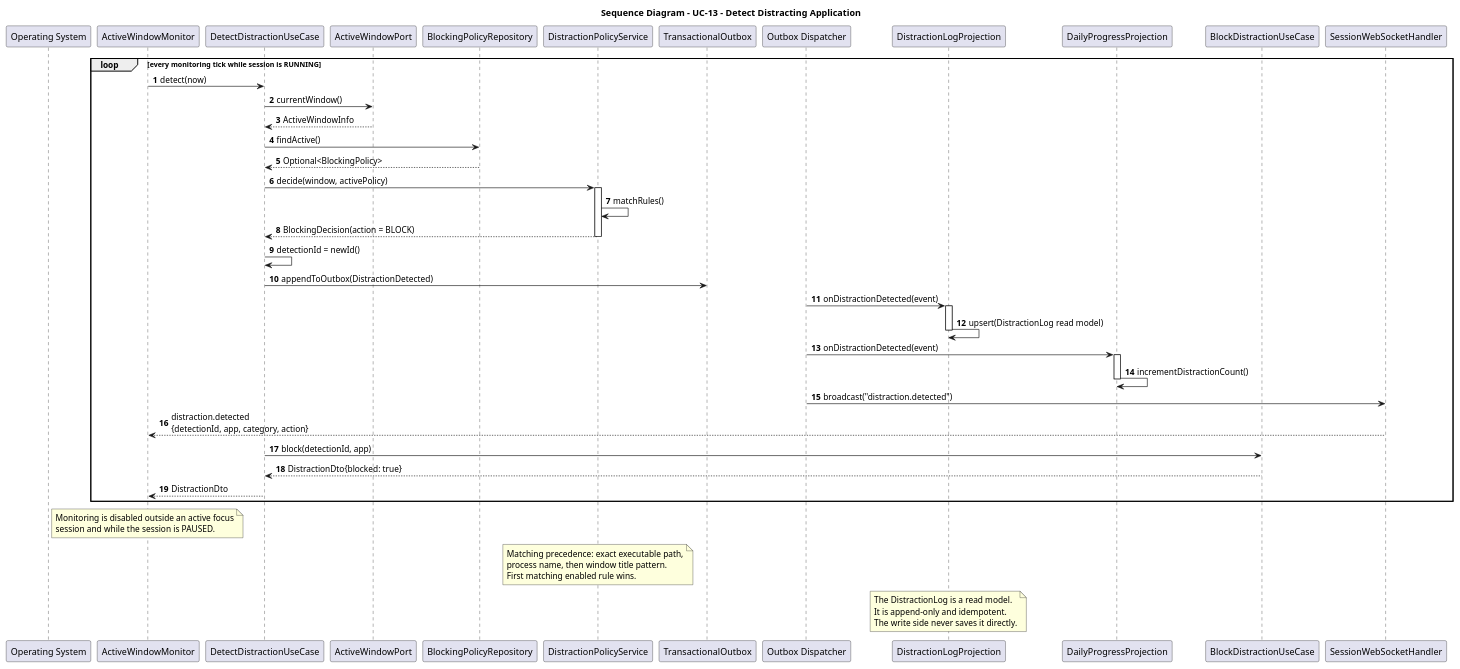
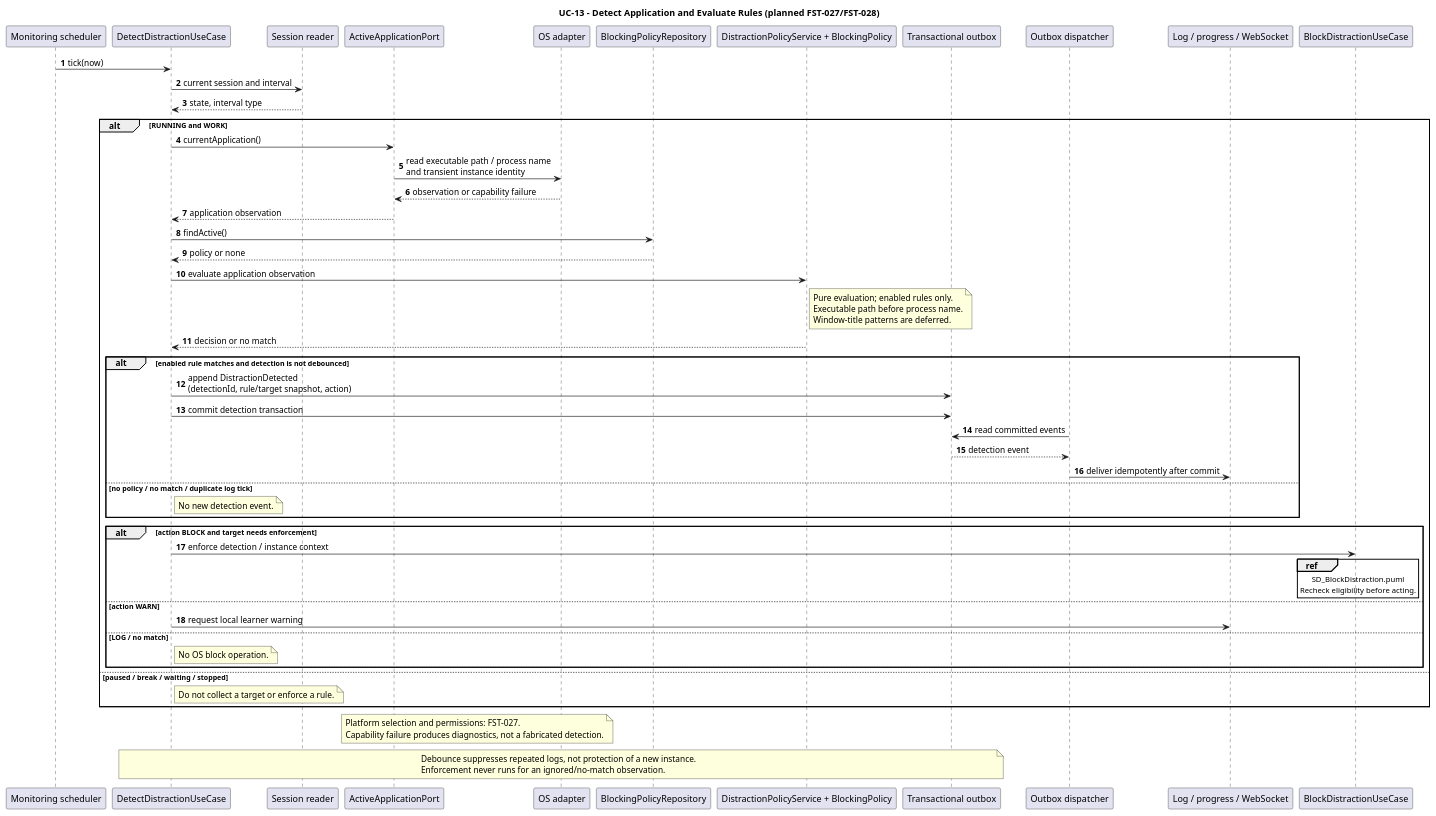
Before and after one commit to MiguelRibeiro1210/Focus-and-Study-Tracking: the diagram in docs/SD/SD_DetectDistraction.puml, drawn with PlantUML. The commit also changed 31 other files, not shown here.

```diff
--- a/docs/SD/SD_DetectDistraction.puml
+++ b/docs/SD/SD_DetectDistraction.puml
@@ -1,64 +1,64 @@
 @startuml
-title Sequence Diagram - UC-13 - Detect Distracting Application
+title UC-13 - Detect Application and Evaluate Rules (planned FST-027/FST-028)
+autonumber
+participant "Monitoring scheduler" as Monitor
+participant "DetectDistractionUseCase" as Detect
+participant "Session reader" as Sessions
+participant "ActiveApplicationPort" as Apps
+participant "OS adapter" as OS
+participant "BlockingPolicyRepository" as Repo
+participant "DistractionPolicyService + BlockingPolicy" as Policy
+participant "Transactional outbox" as Outbox
+participant "Outbox dispatcher" as Dispatch
+participant "Log / progress / WebSocket" as Consumers
+participant "BlockDistractionUseCase" as Block
 
-autonumber
-participant "Operating System" as OS
-participant "ActiveWindowMonitor" as Monitor
-participant "DetectDistractionUseCase" as UseCase
-participant "ActiveWindowPort" as WindowPort
-participant "BlockingPolicyRepository" as PolicyRepo
-participant "DistractionPolicyService" as PolicyService
-participant "TransactionalOutbox" as Events
-participant "Outbox Dispatcher" as Dispatcher
-participant "DistractionLogProjection" as LogProjection
-participant "DailyProgressProjection" as ProgressProjection
-participant "BlockDistractionUseCase" as BlockUseCase
-participant "SessionWebSocketHandler" as WS
-
-loop every monitoring tick while session is RUNNING
-  Monitor -> UseCase : detect(now)
-  UseCase -> WindowPort : currentWindow()
-  WindowPort --> UseCase : ActiveWindowInfo
-  UseCase -> PolicyRepo : findActive()
-  PolicyRepo --> UseCase : Optional<BlockingPolicy>
-
-  UseCase -> PolicyService : decide(window, activePolicy)
-  activate PolicyService
-  PolicyService -> PolicyService : matchRules()
-  PolicyService --> UseCase : BlockingDecision(action = BLOCK)
-  deactivate PolicyService
-  UseCase -> UseCase : detectionId = newId()
-  UseCase -> Events : appendToOutbox(DistractionDetected)
-  Dispatcher -> LogProjection : onDistractionDetected(event)
-  activate LogProjection
-  LogProjection -> LogProjection : upsert(DistractionLog read model)
-  deactivate LogProjection
-  Dispatcher -> ProgressProjection : onDistractionDetected(event)
-  activate ProgressProjection
-  ProgressProjection -> ProgressProjection : incrementDistractionCount()
-  deactivate ProgressProjection
-  Dispatcher -> WS : broadcast("distraction.detected")
-  WS --> Monitor : distraction.detected\n{detectionId, app, category, action}
-  UseCase -> BlockUseCase : block(detectionId, app)
-  BlockUseCase --> UseCase : DistractionDto{blocked: true}
-  UseCase --> Monitor : DistractionDto
+Monitor -> Detect : tick(now)
+Detect -> Sessions : current session and interval
+Sessions --> Detect : state, interval type
+alt RUNNING and WORK
+  Detect -> Apps : currentApplication()
+  Apps -> OS : read executable path / process name\nand transient instance identity
+  OS --> Apps : observation or capability failure
+  Apps --> Detect : application observation
+  Detect -> Repo : findActive()
+  Repo --> Detect : policy or none
+  Detect -> Policy : evaluate application observation
+  note right of Policy
+    Pure evaluation; enabled rules only.
+    Executable path before process name.
+    Window-title patterns are deferred.
+  end note
+  Policy --> Detect : decision or no match
+  alt enabled rule matches and detection is not debounced
+    Detect -> Outbox : append DistractionDetected\n(detectionId, rule/target snapshot, action)
+    Detect -> Outbox : commit detection transaction
+    Dispatch -> Outbox : read committed events
+    Outbox --> Dispatch : detection event
+    Dispatch -> Consumers : deliver idempotently after commit
+  else no policy / no match / duplicate log tick
+    note right of Detect : No new detection event.
+  end
+  alt action BLOCK and target needs enforcement
+    Detect -> Block : enforce detection / instance context
+    ref over Block
+      SD_BlockDistraction.puml
+      Recheck eligibility before acting.
+    end ref
+  else action WARN
+    Detect -> Consumers : request local learner warning
+  else LOG / no match
+    note right of Detect : No OS block operation.
+  end
+else paused / break / waiting / stopped
+  note right of Detect : Do not collect a target or enforce a rule.
 end
-
-note over Monitor
-  Monitoring is disabled outside an active focus
-  session and while the session is PAUSED.
+note over Apps, OS
+  Platform selection and permissions: FST-027.
+  Capability failure produces diagnostics, not a fabricated detection.
 end note
-
-note over PolicyService
-  Matching precedence: exact executable path,
-  process name, then window title pattern.
-  First matching enabled rule wins.
+note over Detect, Outbox
+  Debounce suppresses repeated logs, not protection of a new instance.
+  Enforcement never runs for an ignored/no-match observation.
 end note
-
-note over LogProjection
-  The DistractionLog is a read model.
-  It is append-only and idempotent.
-  The write side never saves it directly.
-end note
-
 @enduml
```
